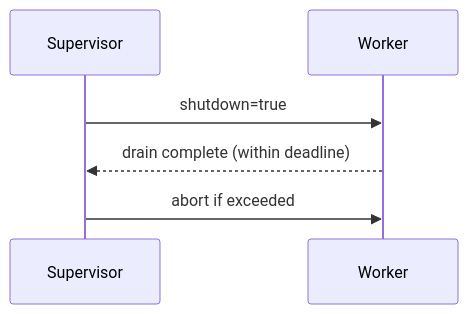
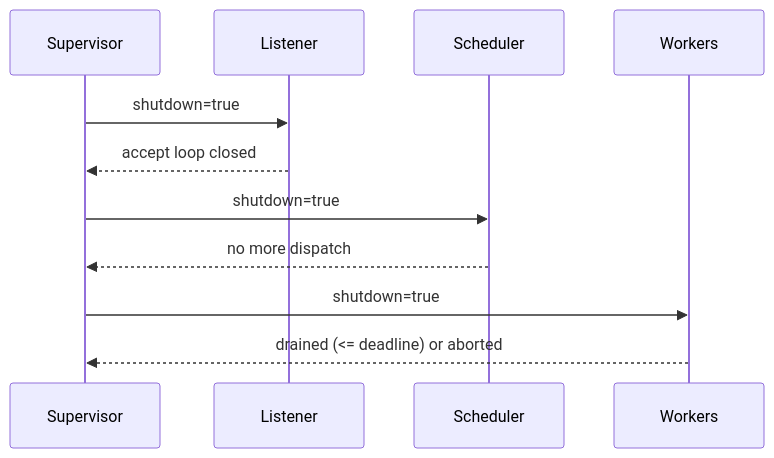
The fourth of 4 diagrams in crates/svc-gateway/docs/CONCURRENCY.MD (Y3LLOWVESTS/rustyonions), drawn with Mermaid before and after one commit. The commit also changed other lines of this file and 217 other files, not shown here.

````diff
--- a/crates/svc-gateway/docs/CONCURRENCY.MD
+++ b/crates/svc-gateway/docs/CONCURRENCY.MD
@@ -322,8 +346,13 @@
 ```mermaid
 sequenceDiagram
-  participant S as Supervisor
-  participant W as Worker
-  S->>W: shutdown=true
-  W-->>S: drain complete (within deadline)
-  S->>W: abort if exceeded
+  participant SUP as Supervisor
+  participant IN as Listener
+  participant SCH as Scheduler
+  participant W as Workers
+  SUP->>IN: shutdown=true
+  IN-->>SUP: accept loop closed
+  SUP->>SCH: shutdown=true
+  SCH-->>SUP: no more dispatch
+  SUP->>W: shutdown=true
+  W-->>SUP: drained (<= deadline) or aborted
 ```
````
